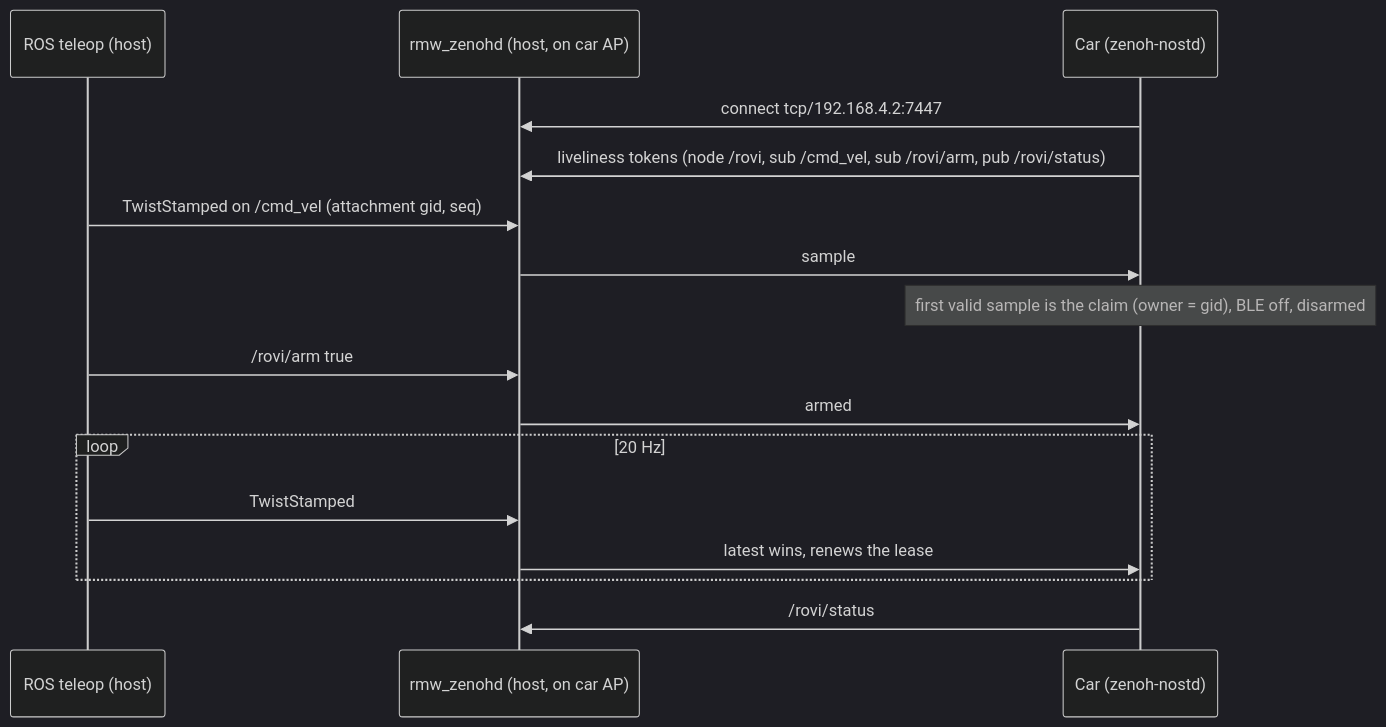
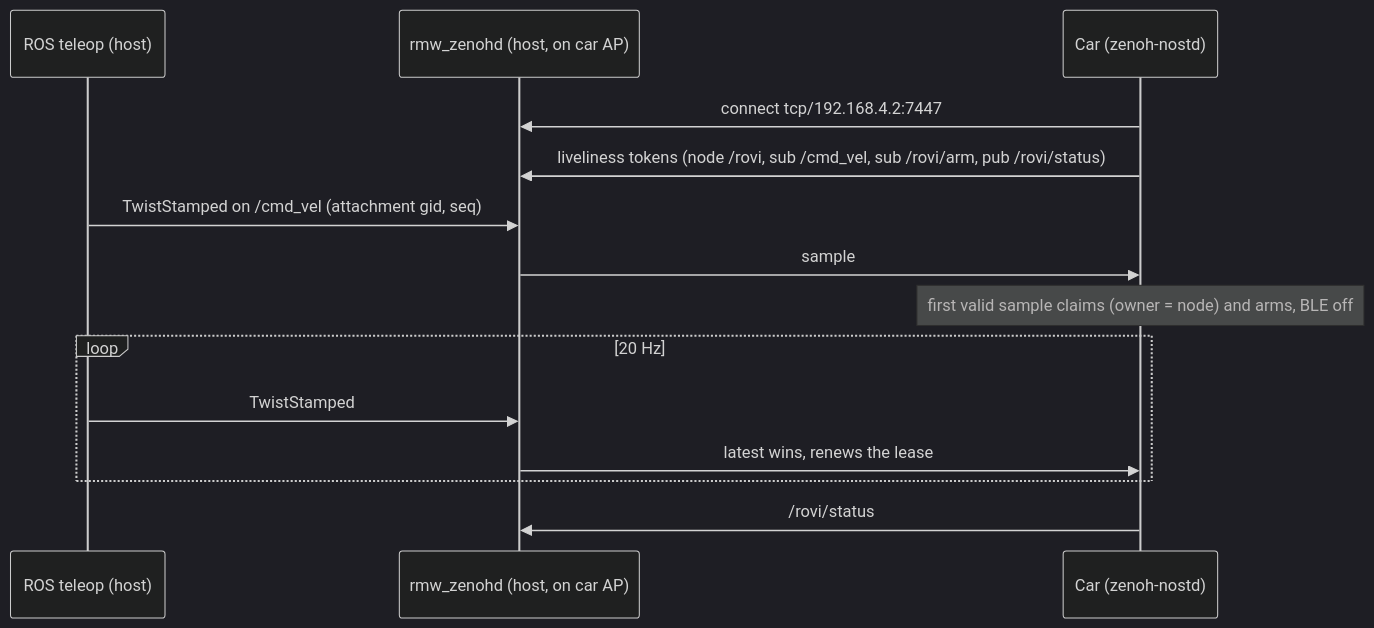
The third of 5 diagrams in experiments/rovi-m8-setpoint-ros/README.md (tptodorov/rovi), drawn with Mermaid (dark theme) before and after one commit. The commit also changed other lines of this file and 8 other files, not shown here.

````diff
--- a/experiments/rovi-m8-setpoint-ros/README.md
+++ b/experiments/rovi-m8-setpoint-ros/README.md
@@ -149,18 +149,16 @@
 ```mermaid
 sequenceDiagram
     participant T as ROS teleop (host)
     participant R as rmw_zenohd (host, on car AP)
     participant C as Car (zenoh-nostd)
     C->>R: connect tcp/192.168.4.2:7447
     C->>R: liveliness tokens (node /rovi, sub /cmd_vel, sub /rovi/arm, pub /rovi/status)
     T->>R: TwistStamped on /cmd_vel (attachment gid, seq)
     R->>C: sample
-    Note over C: first valid sample is the claim (owner = gid), BLE off, disarmed
-    T->>R: /rovi/arm true
-    R->>C: armed
+    Note over C: first valid sample claims (owner = node) and arms, BLE off
     loop 20 Hz
         T->>R: TwistStamped
         R->>C: latest wins, renews the lease
     end
     C->>R: /rovi/status
 ```
````
